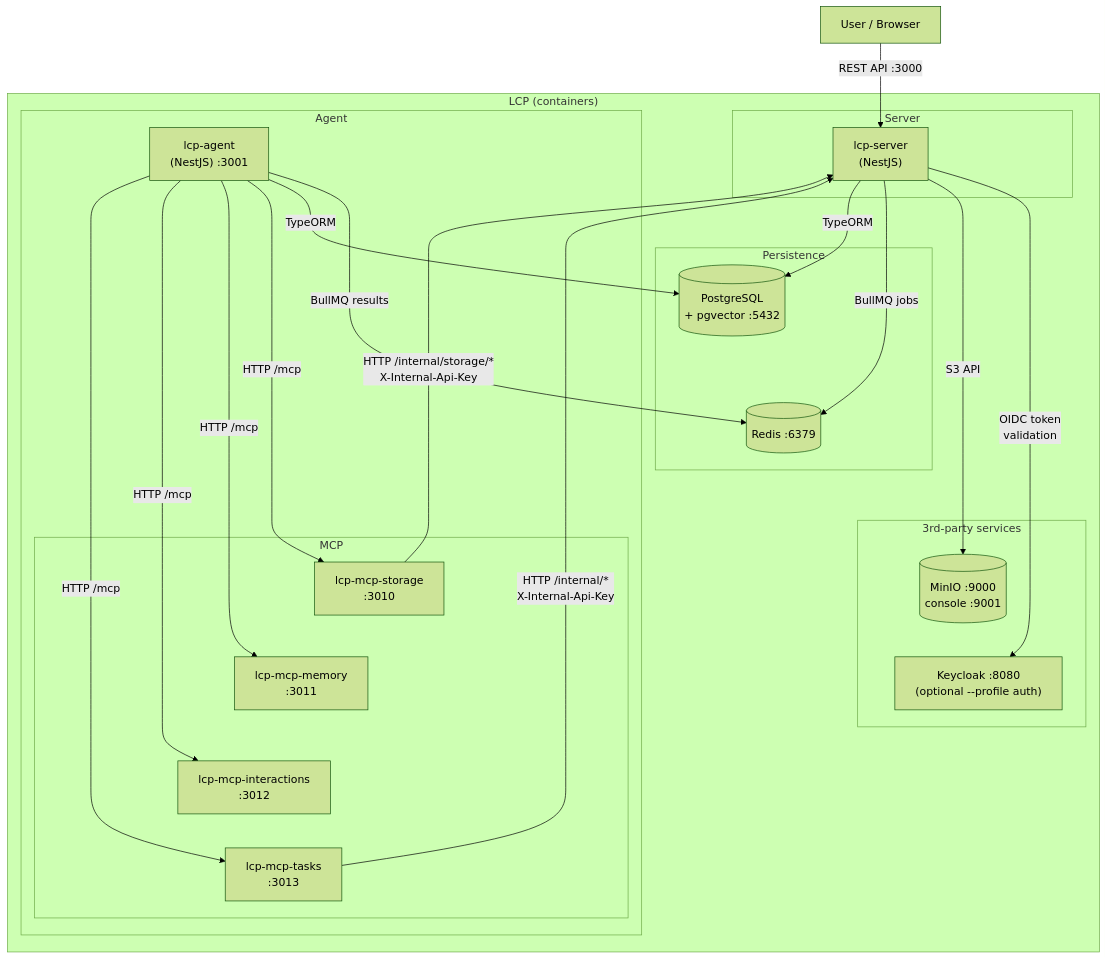
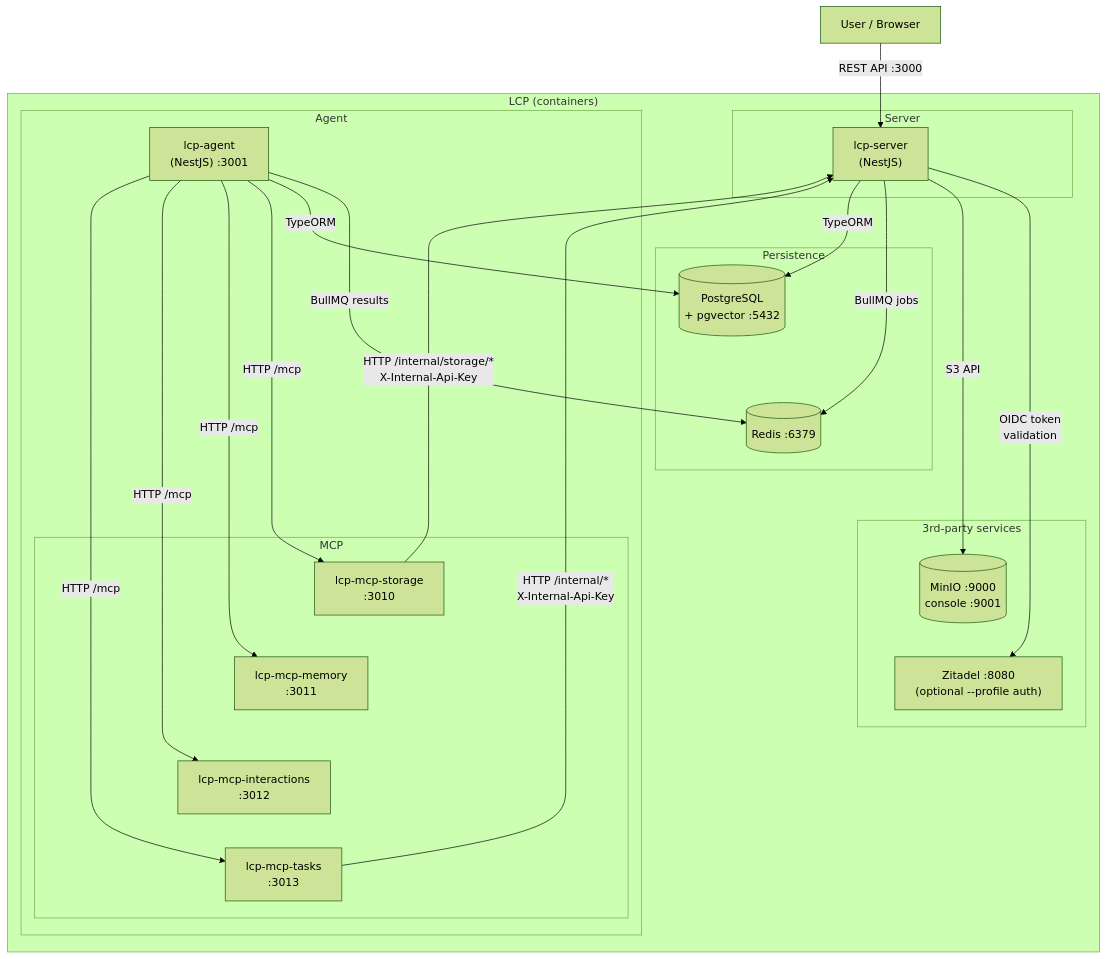
One commit to instantiator/tcp-server changed the second of 4 diagrams in README.md. Above: the diagram before and after it, drawn with Mermaid (forest theme). The commit also changed other lines of this file and 100 other files, not shown here.

````diff
--- a/README.md
+++ b/README.md
@@ -143,52 +142,52 @@
 ```mermaid
 flowchart TD
   User["User / Browser"]
   LcpServer["lcp-server\n(NestJS)"]
   LcpAgent["lcp-agent\n(NestJS) :3001"]
   Redis[(Redis :6379)]
-  Keycloak["Keycloak :8080\n(optional --profile auth)"]
+  Zitadel["Zitadel :8080\n(optional --profile auth)"]
   Postgres[(PostgreSQL\n+ pgvector :5432)]
   MinIO[(MinIO :9000\nconsole :9001)]
   McpStorage["lcp-mcp-storage\n:3010"]
   McpMemory["lcp-mcp-memory\n:3011"]
   McpInteract["lcp-mcp-interactions\n:3012"]
   McpTasks["lcp-mcp-tasks\n:3013"]
 
   subgraph LCP["LCP (containers)"]
       Server ~~~ Dbs ~~~ Agent ~~~ ThirdParty
   end
 
   subgraph Server["Server"]
       LcpServer
   end
 
   subgraph Dbs["Persistence"]
       Postgres ~~~ Redis
   end
 
 
   subgraph Agent["Agent"]
       LcpAgent
       subgraph MCP
         McpStorage ~~~ McpMemory ~~~ McpInteract ~~~ McpTasks
       end
   end
 
   subgraph ThirdParty["3rd-party services"]
-      MinIO ~~~ Keycloak
+      MinIO ~~~ Zitadel
   end
 
   User -->|REST API :3000| LcpServer
-  LcpServer -->|OIDC token\nvalidation| Keycloak
+  LcpServer -->|OIDC token\nvalidation| Zitadel
   LcpServer -->|S3 API| MinIO
   LcpServer -->|BullMQ jobs| Redis
   LcpAgent -->|BullMQ results| Redis
   LcpServer -->|TypeORM| Postgres
   LcpAgent -->|TypeORM| Postgres
   LcpAgent -->|HTTP /mcp| McpStorage
   LcpAgent -->|HTTP /mcp| McpMemory
   LcpAgent -->|HTTP /mcp| McpInteract
   LcpAgent -->|HTTP /mcp| McpTasks
   McpStorage -->|HTTP /internal/storage/*\nX-Internal-Api-Key| LcpServer
   McpTasks -->|HTTP /internal/*\nX-Internal-Api-Key| LcpServer
 ```
````
